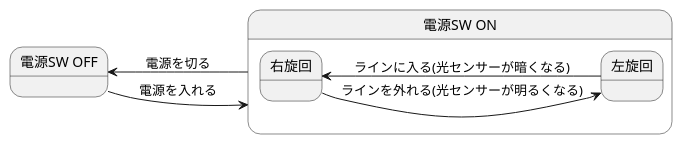
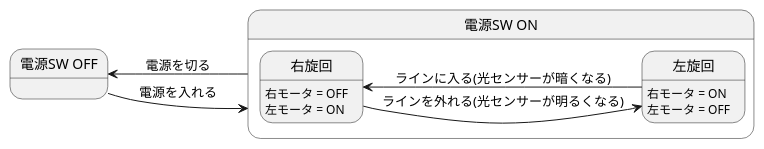
Before and after one commit to krij9319/uml-introduction: the diagram in 演習6-5-3_ステートマシン図_ライントレーサー.pu, drawn with PlantUML.

Commit message:
演習6-5-3の修正

```diff
--- a/演習6-5-3_ステートマシン図_ライントレーサー.pu
+++ b/演習6-5-3_ステートマシン図_ライントレーサー.pu
@@ -1,14 +1,20 @@
 @startuml ステートマシン図
     left to right direction
     state "電源SW OFF" as off
     state "電源SW ON" as on{
-        state 右旋回
-        state 左旋回
+        state 右旋回{
+            右旋回 : 右モータ = OFF
+            右旋回 : 左モータ = ON
+        }
+        state 左旋回{
+            左旋回 : 右モータ = ON
+            左旋回 : 左モータ = OFF
+        }
 
         右旋回 --> 左旋回 : ラインを外れる(光センサーが明るくなる)
         右旋回 <-- 左旋回 : ラインに入る(光センサーが暗くなる)
     }
 
     off --> on : 電源を入れる
     off <-- on : 電源を切る
 @enduml
```
